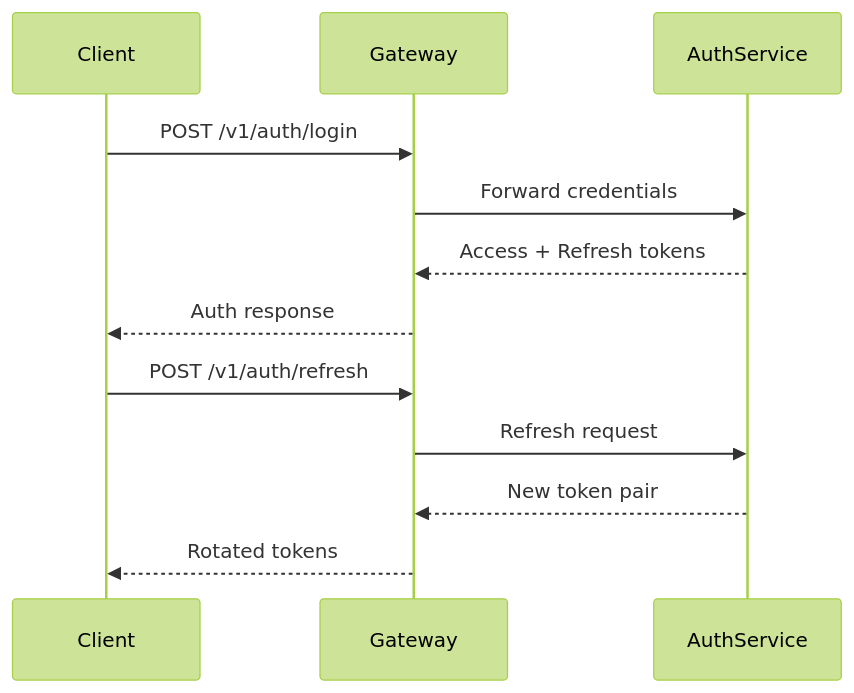
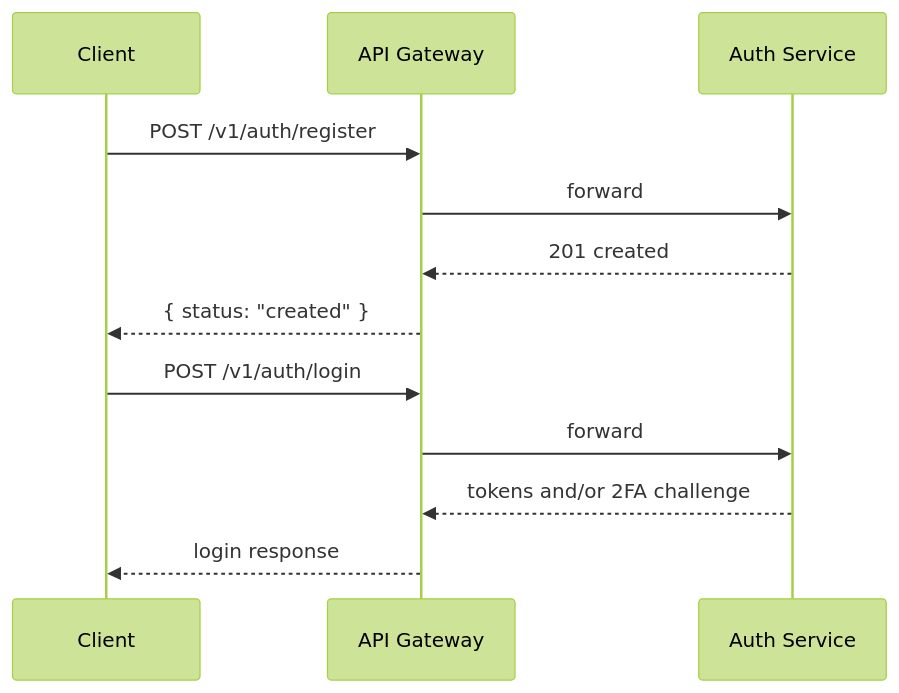
One commit to pargevk1996-a11y/backend-platform changed the fourth of 8 diagrams in README.md. Above: the diagram before and after it, drawn with Mermaid (forest theme). The commit also changed other lines of this file, not shown here.

````diff
--- a/README.md
+++ b/README.md
@@ -103,16 +133,14 @@
 ```mermaid
 sequenceDiagram
-    participant Client
-    participant Gateway
-    participant AuthService
-
-    Client->>Gateway: POST /v1/auth/login
-    Gateway->>AuthService: Forward credentials
-    AuthService-->>Gateway: Access + Refresh tokens
-    Gateway-->>Client: Auth response
-
-    Client->>Gateway: POST /v1/auth/refresh
-    Gateway->>AuthService: Refresh request
-    AuthService-->>Gateway: New token pair
-    Gateway-->>Client: Rotated tokens
+  participant C as Client
+  participant G as API Gateway
+  participant A as Auth Service
+  C->>G: POST /v1/auth/register
+  G->>A: forward
+  A-->>G: 201 created
+  G-->>C: { status: "created" }
+  C->>G: POST /v1/auth/login
+  G->>A: forward
+  A-->>G: tokens and/or 2FA challenge
+  G-->>C: login response
 ```
````
